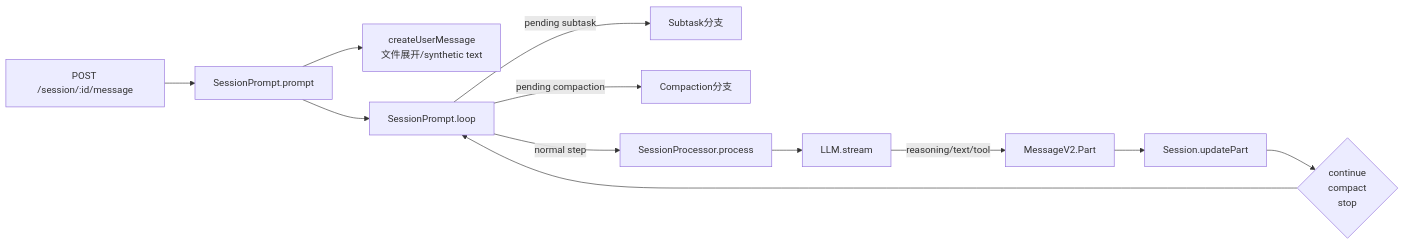
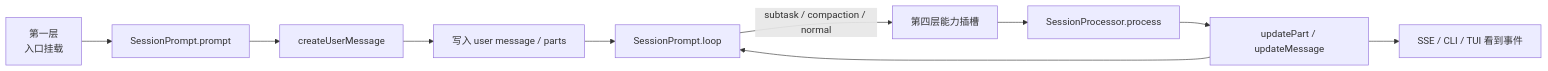
Before and after one commit to feuyeux/agent-study: the diagram in opencode_kickoff/03-request-lifecycle.md, drawn with Mermaid. The commit also changed other lines of this file and 22 other files, not shown here.

````diff
--- a/opencode_kickoff/03-request-lifecycle.md
+++ b/opencode_kickoff/03-request-lifecycle.md
@@ -7,14 +9,12 @@
 ```mermaid
 flowchart LR
-    HTTP[POST /session/:id/message] --> Prompt[SessionPrompt.prompt]
-    Prompt --> createUM[createUserMessage<br/>文件展开/synthetic text]
-    Prompt --> Loop[SessionPrompt.loop]
-    Loop -->|pending subtask| Subtask[Subtask分支]
-    Loop -->|pending compaction| Compact[Compaction分支]
-    Loop -->|normal step| Process[SessionProcessor.process]
-    Process --> LLM[LLM.stream]
-    LLM -->|reasoning/text/tool| Parts[MessageV2.Part]
-    Parts --> Update[Session.updatePart]
-    Update --> Return{continue<br/>compact<br/>stop}
-    Return --> Loop
+    L1[第一层<br/>入口挂载] --> L2A[SessionPrompt.prompt]
+    L2A --> L2B[createUserMessage]
+    L2B --> L3A[写入 user message / parts]
+    L3A --> L2C[SessionPrompt.loop]
+    L2C -->|subtask / compaction / normal| L4[第四层能力插槽]
+    L4 --> L2D[SessionProcessor.process]
+    L2D --> L3B[updatePart / updateMessage]
+    L3B --> L1B[SSE / CLI / TUI 看到事件]
+    L3B --> L2C
 ```
````
